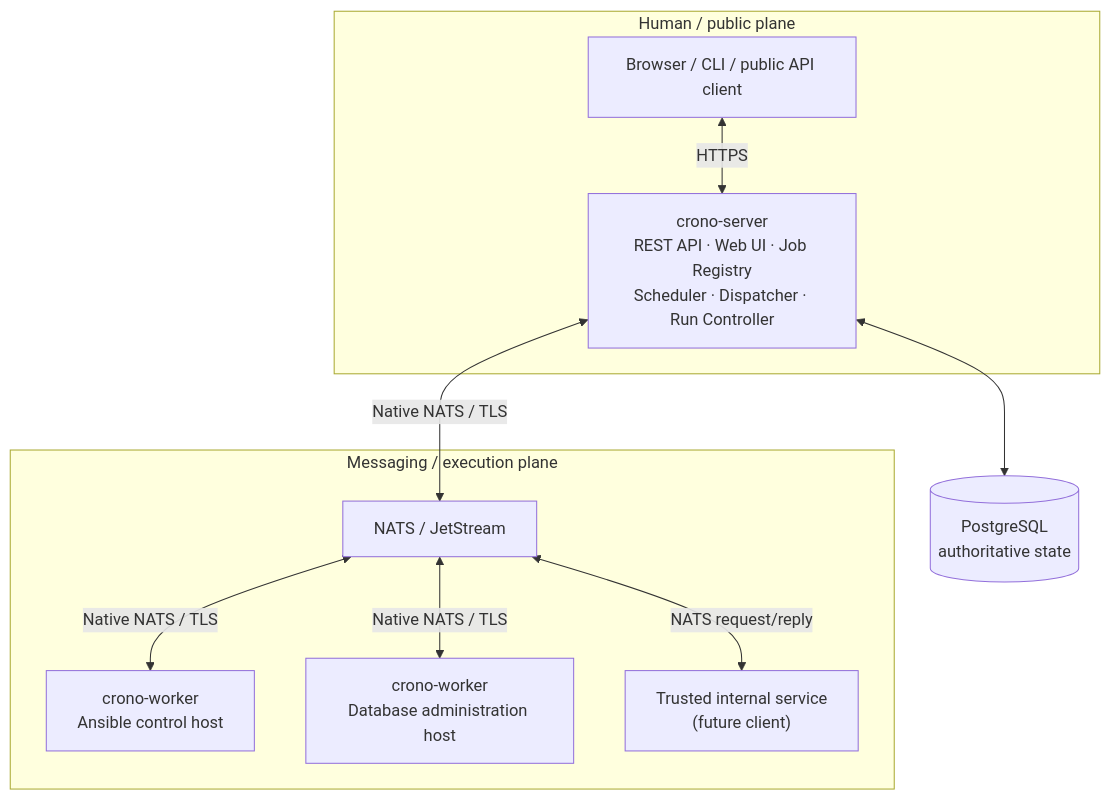
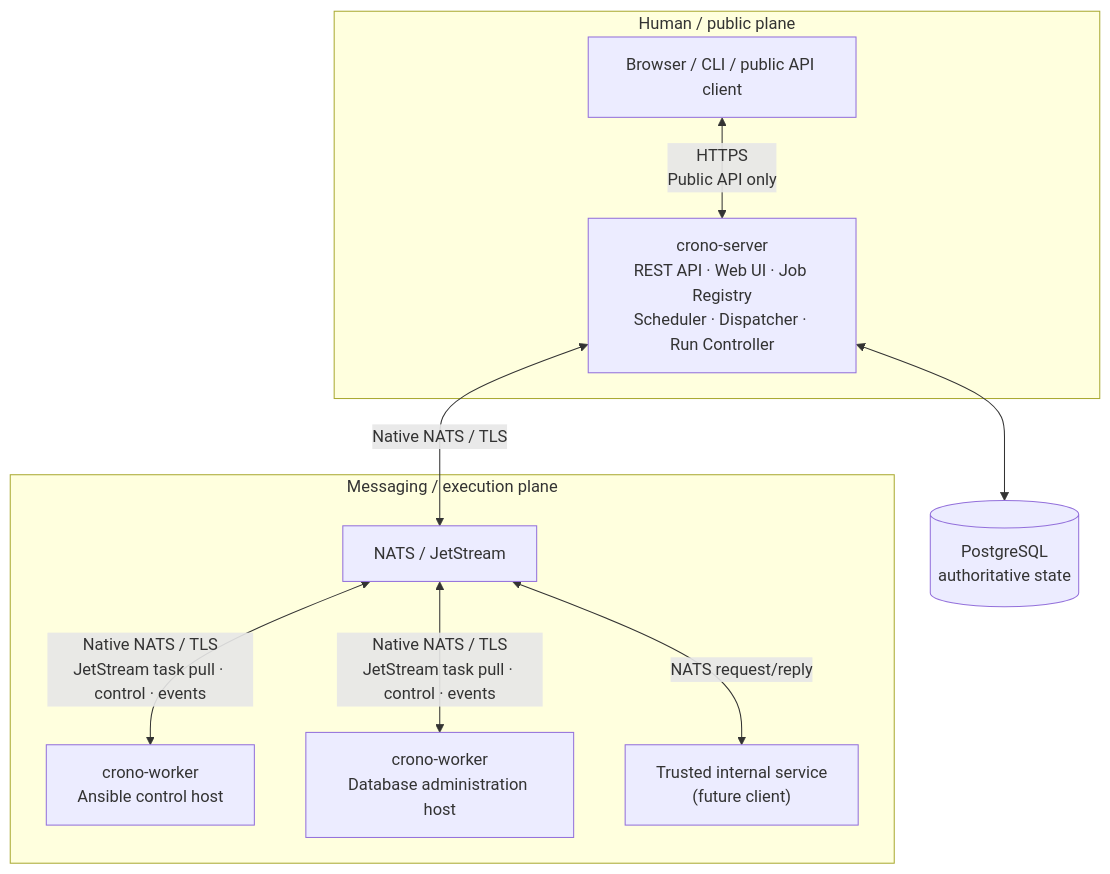
One commit to crono-io/crono changed the diagram in README.md. Above: the diagram before and after it, drawn with Mermaid. The commit also changed other lines of this file, not shown here.

Commit message:
docs: clarify direct worker task delivery over NATS

````diff
--- a/README.md
+++ b/README.md
@@ -23,23 +23,23 @@
 ```mermaid
 flowchart TB
     subgraph Public["Human / public plane"]
         Client["Browser / CLI / public API client"]
         Server["crono-server<br/>REST API · Web UI · Job Registry<br/>Scheduler · Dispatcher · Run Controller"]
-        Client <-->|HTTPS| Server
+        Client <-->|"HTTPS<br/>Public API only"| Server
     end
 
     PG[("PostgreSQL<br/>authoritative state")]
     Server <--> PG
 
     subgraph Messaging["Messaging / execution plane"]
         NATS["NATS / JetStream"]
         W1["crono-worker<br/>Ansible control host"]
         W2["crono-worker<br/>Database administration host"]
         Trusted["Trusted internal service<br/>(future client)"]
-        NATS <-->|"Native NATS / TLS"| W1
-        NATS <-->|"Native NATS / TLS"| W2
+        NATS <-->|"Native NATS / TLS<br/>JetStream task pull · control · events"| W1
+        NATS <-->|"Native NATS / TLS<br/>JetStream task pull · control · events"| W2
         NATS <-->|"NATS request/reply"| Trusted
     end
 
     Server <-->|"Native NATS / TLS"| NATS
 ```
````
